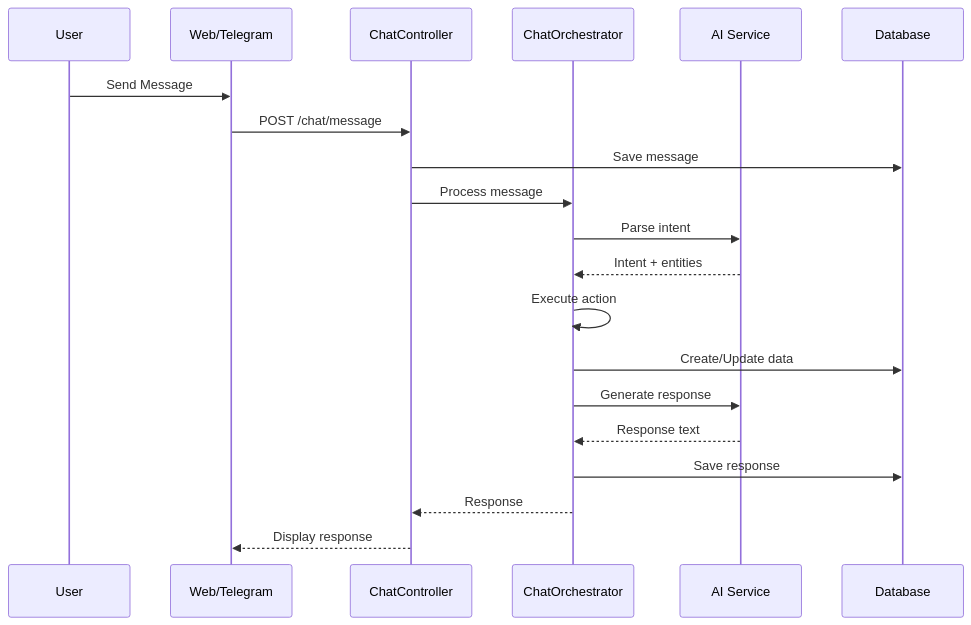
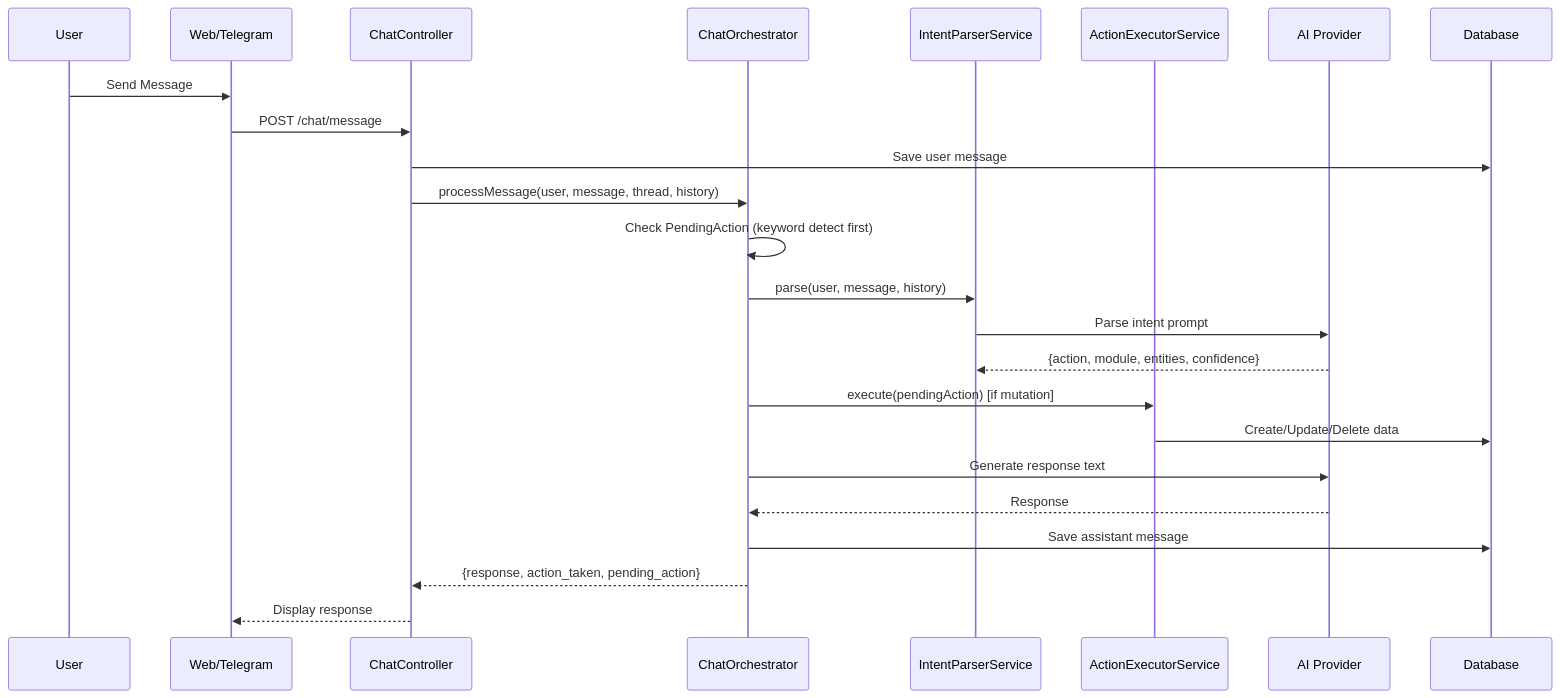
Before and after one commit to azmifauzan/aspri: the second of 4 diagrams in docs/ARCHITECTURE.md, drawn with Mermaid. The commit also changed other lines of this file and 6 other files, not shown here.

````diff
--- a/docs/ARCHITECTURE.md
+++ b/docs/ARCHITECTURE.md
@@ -160,23 +228,27 @@
 ```mermaid
 sequenceDiagram
   participant U as User
   participant W as Web/Telegram
   participant C as ChatController
   participant O as ChatOrchestrator
-  participant AI as AI Service
+  participant IP as IntentParserService
+  participant AE as ActionExecutorService
+  participant AI as AI Provider
   participant DB as Database
-  
+
   U->>W: Send Message
   W->>C: POST /chat/message
-  C->>DB: Save message
-  C->>O: Process message
-  O->>AI: Parse intent
-  AI-->>O: Intent + entities
-  O->>O: Execute action
-  O->>DB: Create/Update data
-  O->>AI: Generate response
-  AI-->>O: Response text
-  O->>DB: Save response
-  O-->>C: Response
+  C->>DB: Save user message
+  C->>O: processMessage(user, message, thread, history)
+  O->>O: Check PendingAction (keyword detect first)
+  O->>IP: parse(user, message, history)
+  IP->>AI: Parse intent prompt
+  AI-->>IP: {action, module, entities, confidence}
+  O->>AE: execute(pendingAction) [if mutation]
+  AE->>DB: Create/Update/Delete data
+  O->>AI: Generate response text
+  AI-->>O: Response
+  O->>DB: Save assistant message
+  O-->>C: {response, action_taken, pending_action}
   C-->>W: Display response
 ```
````
